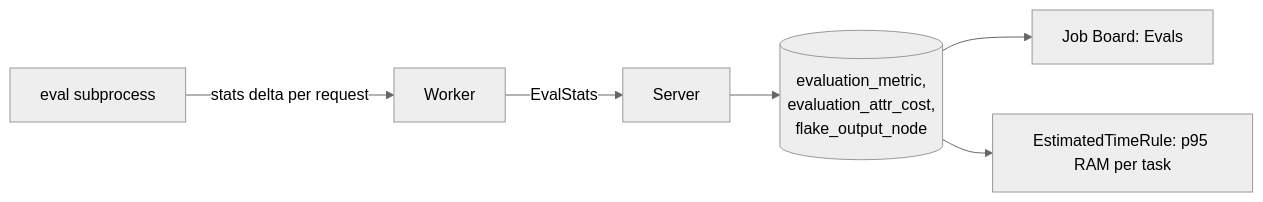
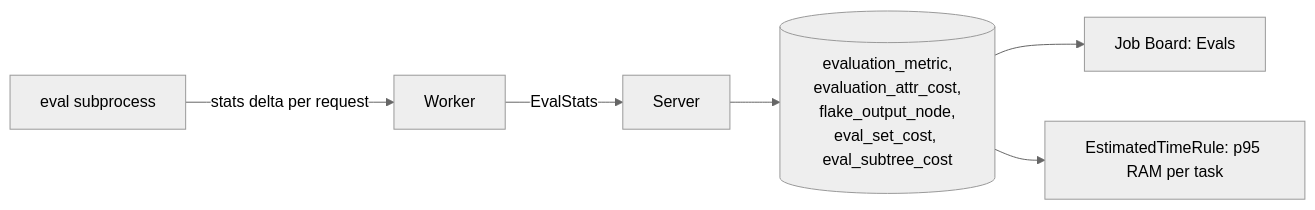
Before and after one commit to wavelens/gradient: the diagram in docs/src/contributors/eval-metrics.md, drawn with Mermaid (neutral theme). The commit also changed other lines of this file, not shown here.

Commit message:
docs: feat: describe eval cost estimates

````diff
--- a/docs/src/contributors/eval-metrics.md
+++ b/docs/src/contributors/eval-metrics.md
@@ -5,8 +5,8 @@
 ```mermaid
 flowchart LR
     sub[eval subprocess] -->|stats delta per request| worker[Worker]
     worker -->|EvalStats| server[Server]
-    server --> tables[(evaluation_metric,<br/>evaluation_attr_cost,<br/>flake_output_node)]
+    server --> tables[(evaluation_metric,<br/>evaluation_attr_cost,<br/>flake_output_node,<br/>eval_set_cost, eval_subtree_cost)]
     tables --> board[Job Board: Evals]
     tables --> rule[EstimatedTimeRule: p95 RAM per task]
 ```
````
